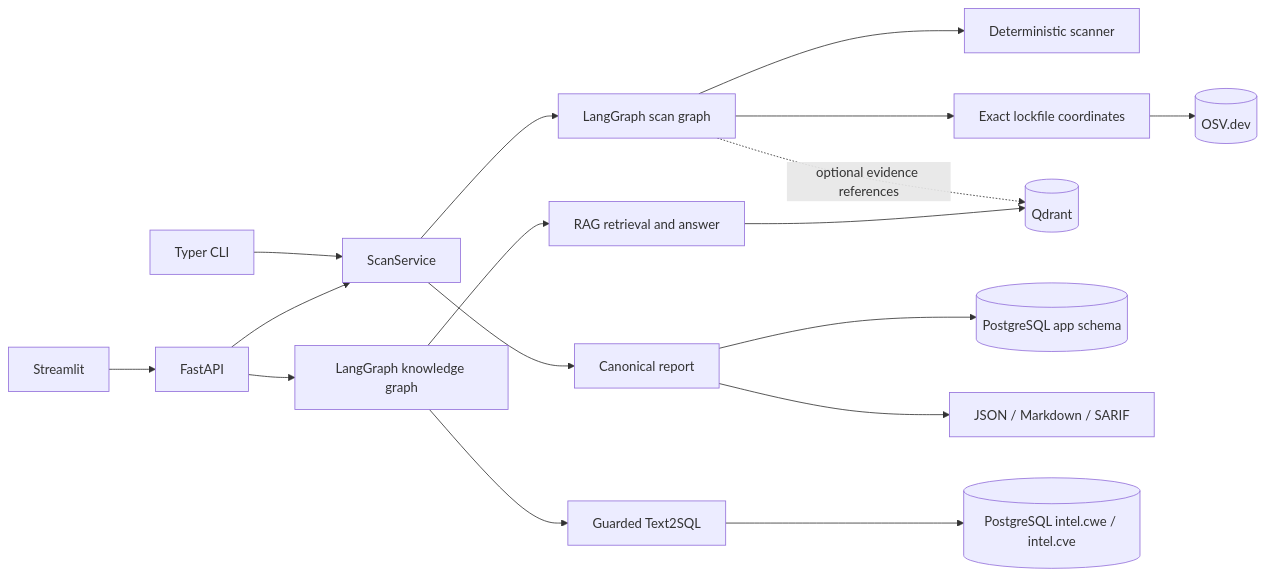
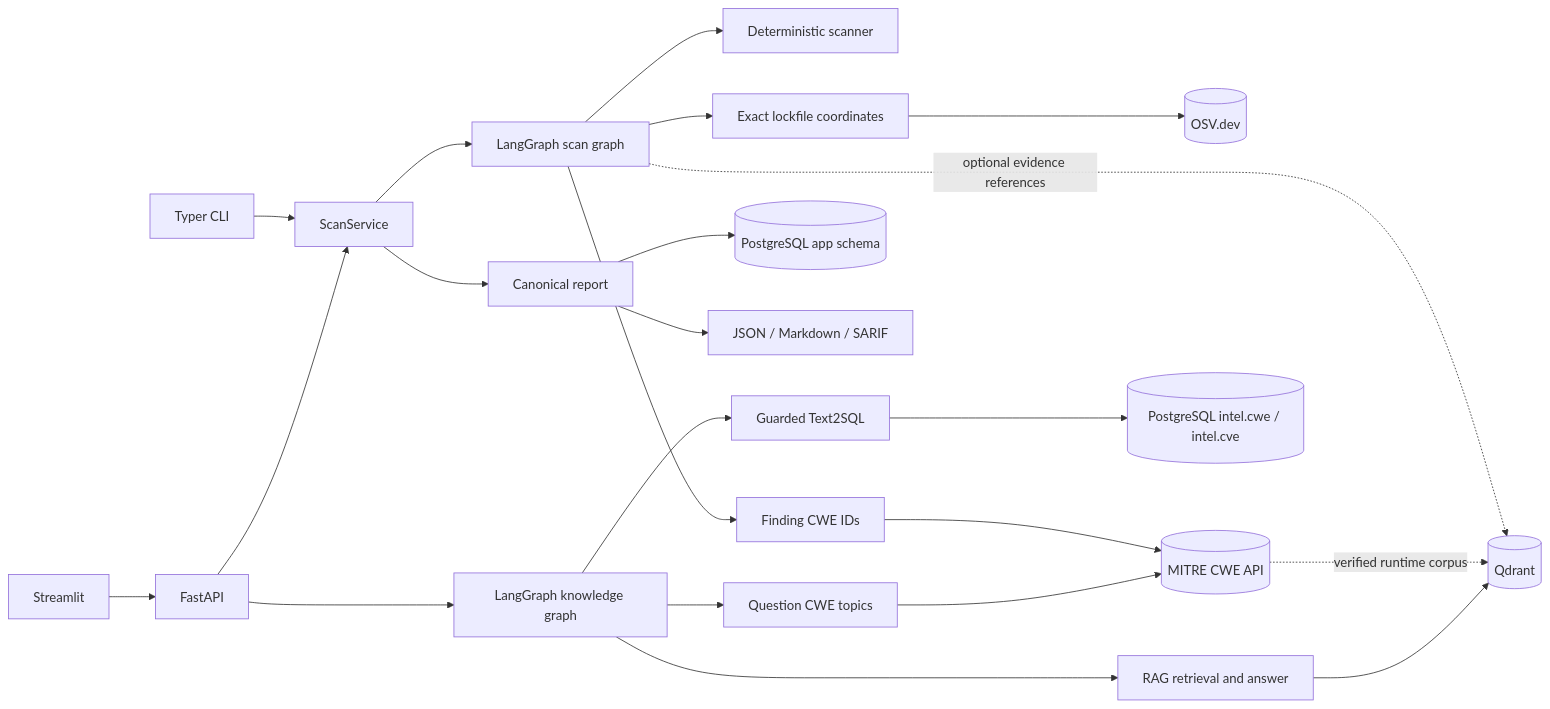
One commit to taehyeon-git/SecRAGraph changed the diagram in README.md. Above: the diagram before and after it, drawn with Mermaid. The commit also changed other lines of this file and 26 other files, not shown here.

````diff
--- a/README.md
+++ b/README.md
@@ -33,19 +33,24 @@
 ```mermaid
 flowchart LR
   CLI[Typer CLI] --> APP[ScanService]
   WEB[Streamlit] --> API[FastAPI]
   API --> APP
   APP --> SG[LangGraph scan graph]
   SG --> RULES[Deterministic scanner]
   SG --> LOCK[Exact lockfile coordinates]
   LOCK --> OSV[(OSV.dev)]
+  SG --> CWE[Finding CWE IDs]
+  CWE --> MITRE[(MITRE CWE API)]
   SG -. optional evidence references .-> QD[(Qdrant)]
   APP --> REPORT[Canonical report]
   REPORT --> PG[(PostgreSQL app schema)]
   REPORT --> OUT[JSON / Markdown / SARIF]
   API --> KG[LangGraph knowledge graph]
   KG --> T2S[Guarded Text2SQL]
   T2S --> INTEL[(PostgreSQL intel.cwe / intel.cve)]
   KG --> RAG[RAG retrieval and answer]
+  KG --> TOPICS[Question CWE topics]
+  TOPICS --> MITRE
+  MITRE -. verified runtime corpus .-> QD
   RAG --> QD
 ```
````
